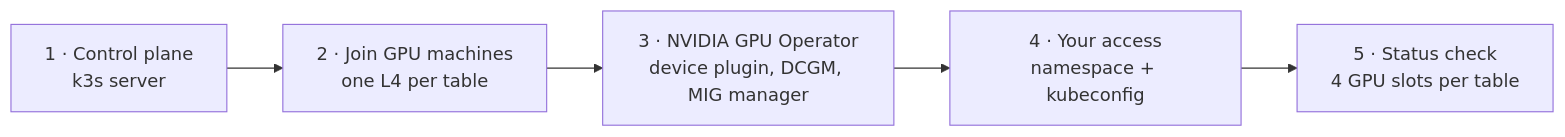
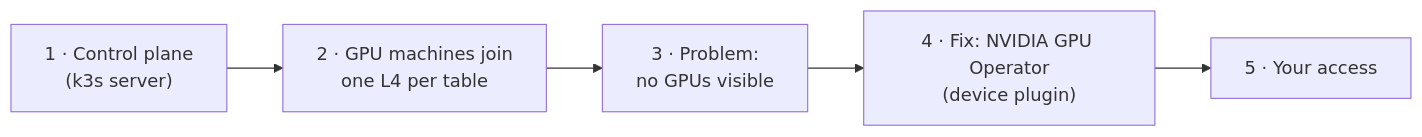
Before and after one commit to Sagar2366/gke-gpu-sharing-workshop: the diagram in docs/codelabs/gpu-sharing-jarvislabs.md, drawn with Mermaid. The commit also changed other lines of this file and 42 other files, not shown here.

````diff
--- a/docs/codelabs/gpu-sharing-jarvislabs.md
+++ b/docs/codelabs/gpu-sharing-jarvislabs.md
@@ -94,7 +67,7 @@
 ```mermaid
 flowchart LR
-  A["1 · Control plane<br/>k3s server"] --> B["2 · Join GPU machines<br/>one L4 per table"]
-  B --> C["3 · NVIDIA GPU Operator<br/>device plugin, DCGM, MIG manager"]
-  C --> D["4 · Your access<br/>namespace + kubeconfig"]
-  D --> E["5 · Status check<br/>4 GPU slots per table"]
+  A["1 · Control plane<br/>(k3s server)"] --> B["2 · GPU machines join<br/>one L4 per table"]
+  B --> C["3 · Problem:<br/>no GPUs visible"]
+  C --> D["4 · Fix: NVIDIA GPU Operator<br/>(device plugin)"]
+  D --> E["5 · Your access"]
 ```
````
